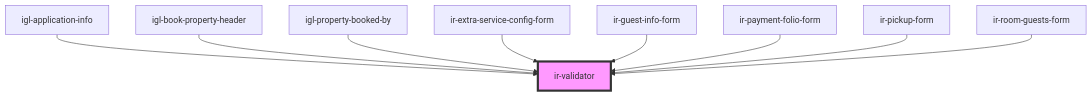
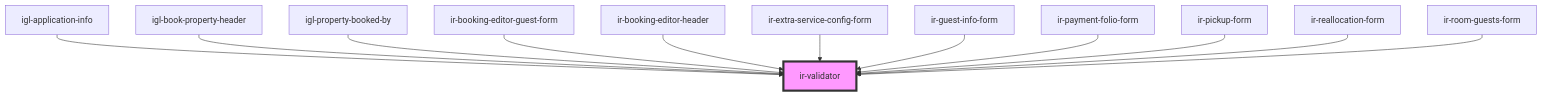
The diagram in src/components/ui/ir-validator/readme.md (RonyRizk/ir-webcmp), drawn with Mermaid before and after one commit. The commit also changed other lines of this file and 235 other files, not shown here.

````diff
--- a/src/components/ui/ir-validator/readme.md
+++ b/src/components/ui/ir-validator/readme.md
@@ -43,12 +52,15 @@
 ```mermaid
 graph TD;
   igl-application-info --> ir-validator
   igl-book-property-header --> ir-validator
   igl-property-booked-by --> ir-validator
+  ir-booking-editor-guest-form --> ir-validator
+  ir-booking-editor-header --> ir-validator
   ir-extra-service-config-form --> ir-validator
   ir-guest-info-form --> ir-validator
   ir-payment-folio-form --> ir-validator
   ir-pickup-form --> ir-validator
+  ir-reallocation-form --> ir-validator
   ir-room-guests-form --> ir-validator
   style ir-validator fill:#f9f,stroke:#333,stroke-width:4px
 ```
````
